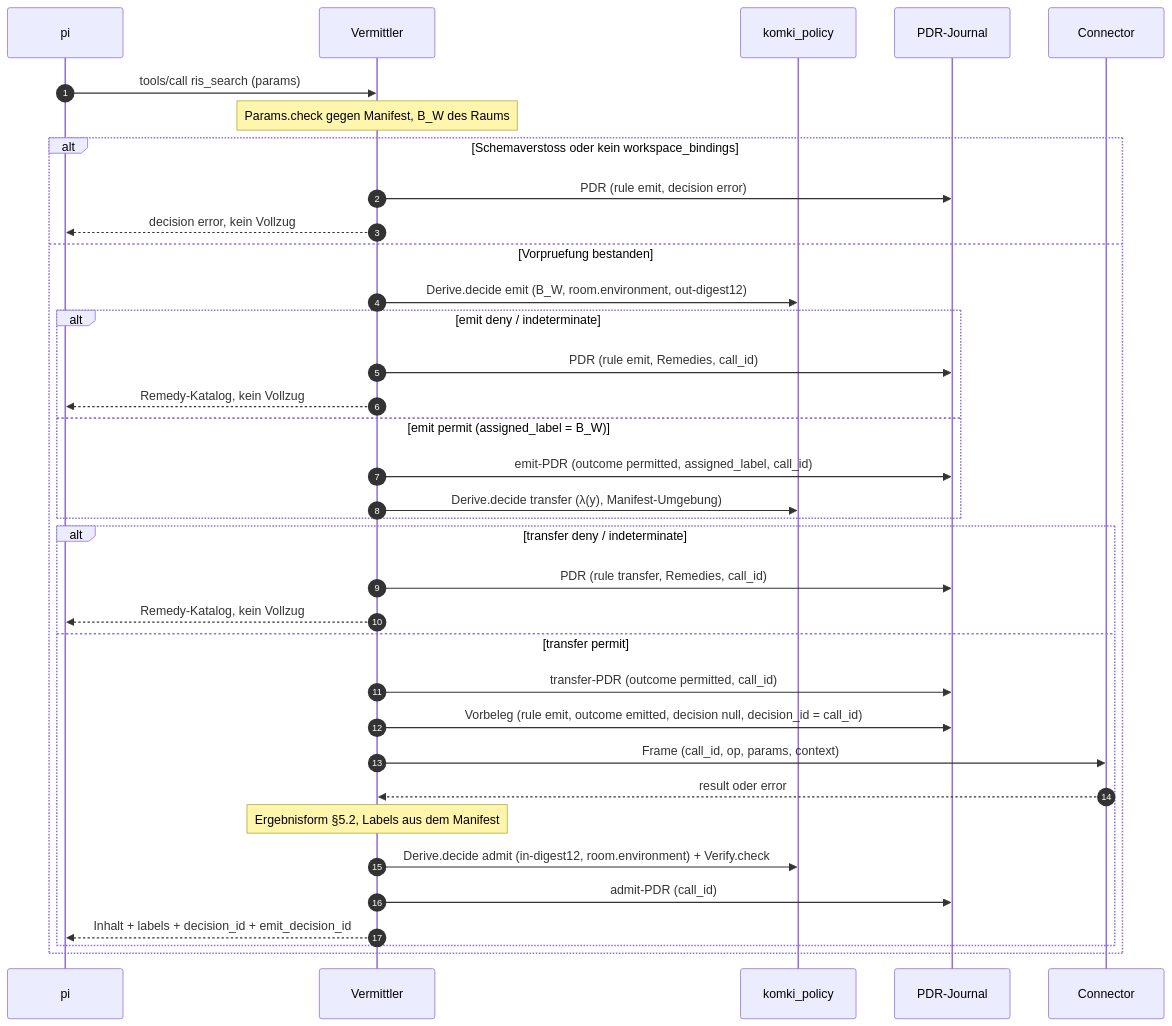
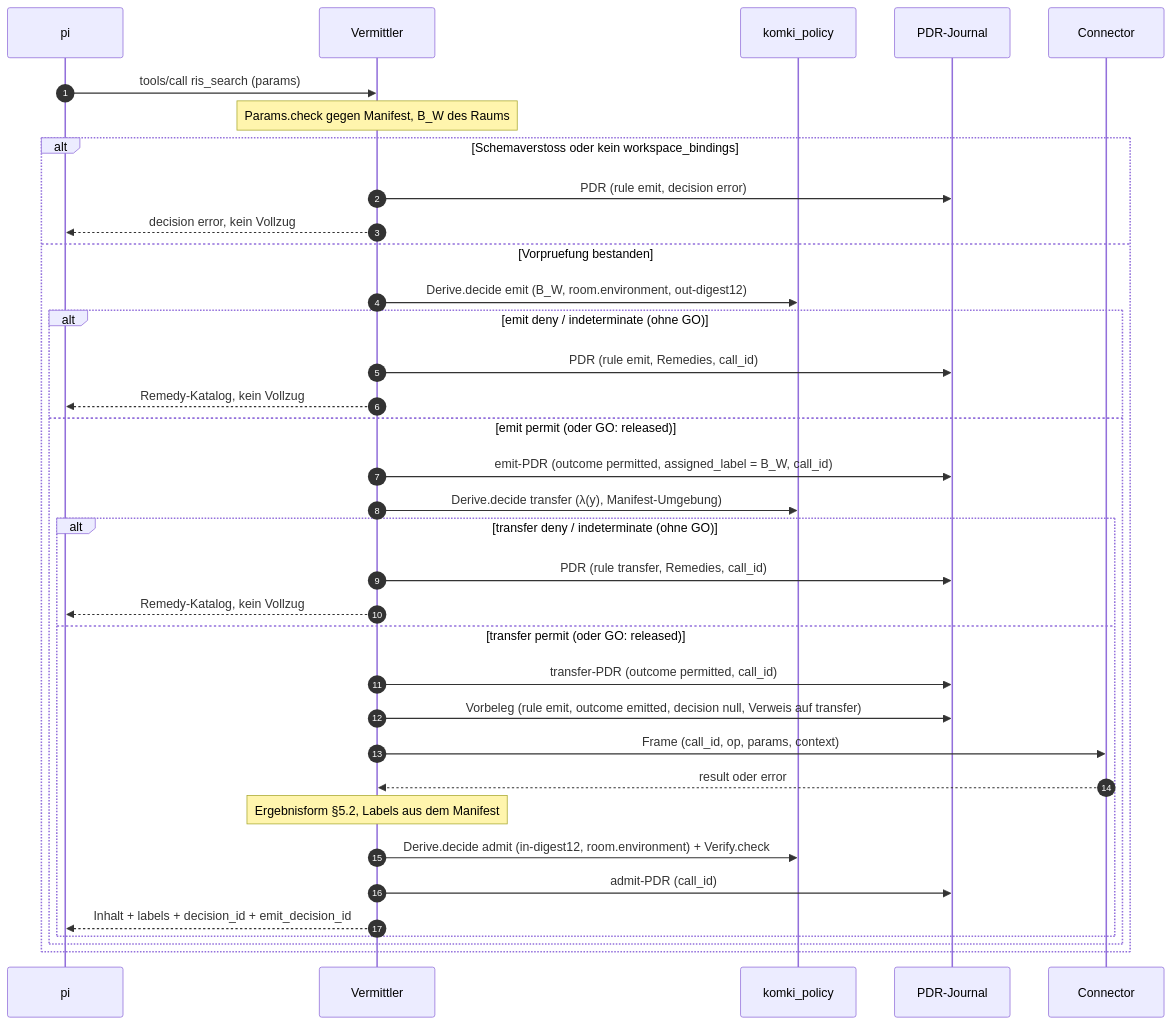
One commit to croesnick/kommunalpolitik_ki changed the third of 3 diagrams in apps/komki_mediator/README.md. Above: the diagram before and after it, drawn with Mermaid. The commit also changed other lines of this file and 6 other files, not shown here.

Commit message:
Journal lückenlos, Review 2: Vorbeleg verweist auf die transfer-/store-Entscheidung, Schema komki-pdr/4, Diagramm und Tests vollständig (Ticket #298)

````diff
--- a/apps/komki_mediator/README.md
+++ b/apps/komki_mediator/README.md
@@ -153,38 +153,38 @@
 ```mermaid
 sequenceDiagram
     autonumber
     participant P as pi
     participant M as Vermittler
     participant K as komki_policy
     participant J as PDR-Journal
     participant C as Connector
 
     P->>M: tools/call ris_search (params)
     Note over M: Params.check gegen Manifest, B_W des Raums
     alt Schemaverstoss oder kein workspace_bindings
         M->>J: PDR (rule emit, decision error)
         M-->>P: decision error, kein Vollzug
     else Vorpruefung bestanden
         M->>K: Derive.decide emit (B_W, room.environment, out-digest12)
-        alt emit deny / indeterminate
+        alt emit deny / indeterminate (ohne GO)
             M->>J: PDR (rule emit, Remedies, call_id)
             M-->>P: Remedy-Katalog, kein Vollzug
-        else emit permit (assigned_label = B_W)
-            M->>J: emit-PDR (outcome permitted, assigned_label, call_id)
+        else emit permit (oder GO: released)
+            M->>J: emit-PDR (outcome permitted, assigned_label = B_W, call_id)
             M->>K: Derive.decide transfer (λ(y), Manifest-Umgebung)
-        end
-        alt transfer deny / indeterminate
-            M->>J: PDR (rule transfer, Remedies, call_id)
-            M-->>P: Remedy-Katalog, kein Vollzug
-        else transfer permit
-            M->>J: transfer-PDR (outcome permitted, call_id)
-            M->>J: Vorbeleg (rule emit, outcome emitted, decision null, decision_id = call_id)
-            M->>C: Frame (call_id, op, params, context)
-            C-->>M: result oder error
-            Note over M: Ergebnisform §5.2, Labels aus dem Manifest
-            M->>K: Derive.decide admit (in-digest12, room.environment) + Verify.check
-            M->>J: admit-PDR (call_id)
-            M-->>P: Inhalt + labels + decision_id + emit_decision_id
+            alt transfer deny / indeterminate (ohne GO)
+                M->>J: PDR (rule transfer, Remedies, call_id)
+                M-->>P: Remedy-Katalog, kein Vollzug
+            else transfer permit (oder GO: released)
+                M->>J: transfer-PDR (outcome permitted, call_id)
+                M->>J: Vorbeleg (rule emit, outcome emitted, decision null, Verweis auf transfer)
+                M->>C: Frame (call_id, op, params, context)
+                C-->>M: result oder error
+                Note over M: Ergebnisform §5.2, Labels aus dem Manifest
+                M->>K: Derive.decide admit (in-digest12, room.environment) + Verify.check
+                M->>J: admit-PDR (call_id)
+                M-->>P: Inhalt + labels + decision_id + emit_decision_id
+            end
         end
     end
 ```
````
